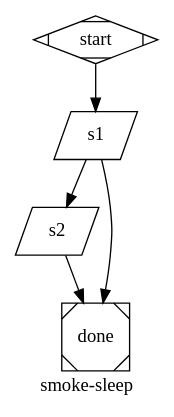
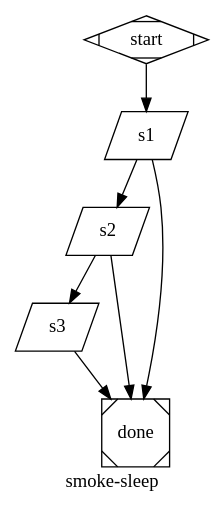
The diagram in workflows/smoke-sleep.dot (purrgrammer/fragua), drawn with Graphviz before and after one commit.

Commit message:
[workflows] smoke-sleep: ~15s total so Running is visible on dashboard
Two sleep-2 nodes finished too fast to comfortably watch the
Running section populate / drain. Now three sleep-5 nodes (~15s
total) with explicit `timeout=30s` so the executor's per-node
watchdog has headroom.

```diff
--- a/workflows/smoke-sleep.dot
+++ b/workflows/smoke-sleep.dot
@@ -1,28 +1,32 @@
 // smoke-sleep.dot — no-LLM smoke workflow for executor concurrency.
 //
-// Two sequential `sleep 2` tool nodes per run. Enqueue N runs back-to-back
-// and they should all reach 'running' at the same time under the A.1
-// fire-and-forget executor. A serial `await runOne` executor would
-// serialise them at ~4s each.
+// Three sequential `sleep 5` tool nodes per run (~15s total) — long
+// enough to comfortably watch the run sit in `running` on the
+// dashboard. Enqueue N runs back-to-back and they should all reach
+// 'running' at the same time under the fire-and-forget executor; a
+// serial `await runOne` would serialise them at ~15s each.
 //
 //   bun run packages/cli/bin/swarm.ts run workflows/smoke-sleep.dot
 //   bun run packages/cli/bin/swarm.ts run workflows/smoke-sleep.dot
 //   bun run packages/cli/bin/swarm.ts run workflows/smoke-sleep.dot
 //   curl http://localhost:4444/api/runs   # expect 3 × status=running
 
 digraph smoke_sleep {
   graph [
     goal  = "Exercise the executor concurrency path without hitting any LLM."
     label = "smoke-sleep"
   ]
 
   start [shape=Mdiamond]
-  s1    [shape=parallelogram, tool_command="sleep 2"]
-  s2    [shape=parallelogram, tool_command="sleep 2"]
+  s1    [shape=parallelogram, tool_command="sleep 5", timeout="30s"]
+  s2    [shape=parallelogram, tool_command="sleep 5", timeout="30s"]
+  s3    [shape=parallelogram, tool_command="sleep 5", timeout="30s"]
   done  [shape=Msquare]
 
   start -> s1
   s1    -> s2   [condition="outcome=success"]
   s1    -> done [condition="outcome=fail"]
-  s2    -> done
+  s2    -> s3   [condition="outcome=success"]
+  s2    -> done [condition="outcome=fail"]
+  s3    -> done
 }
```
